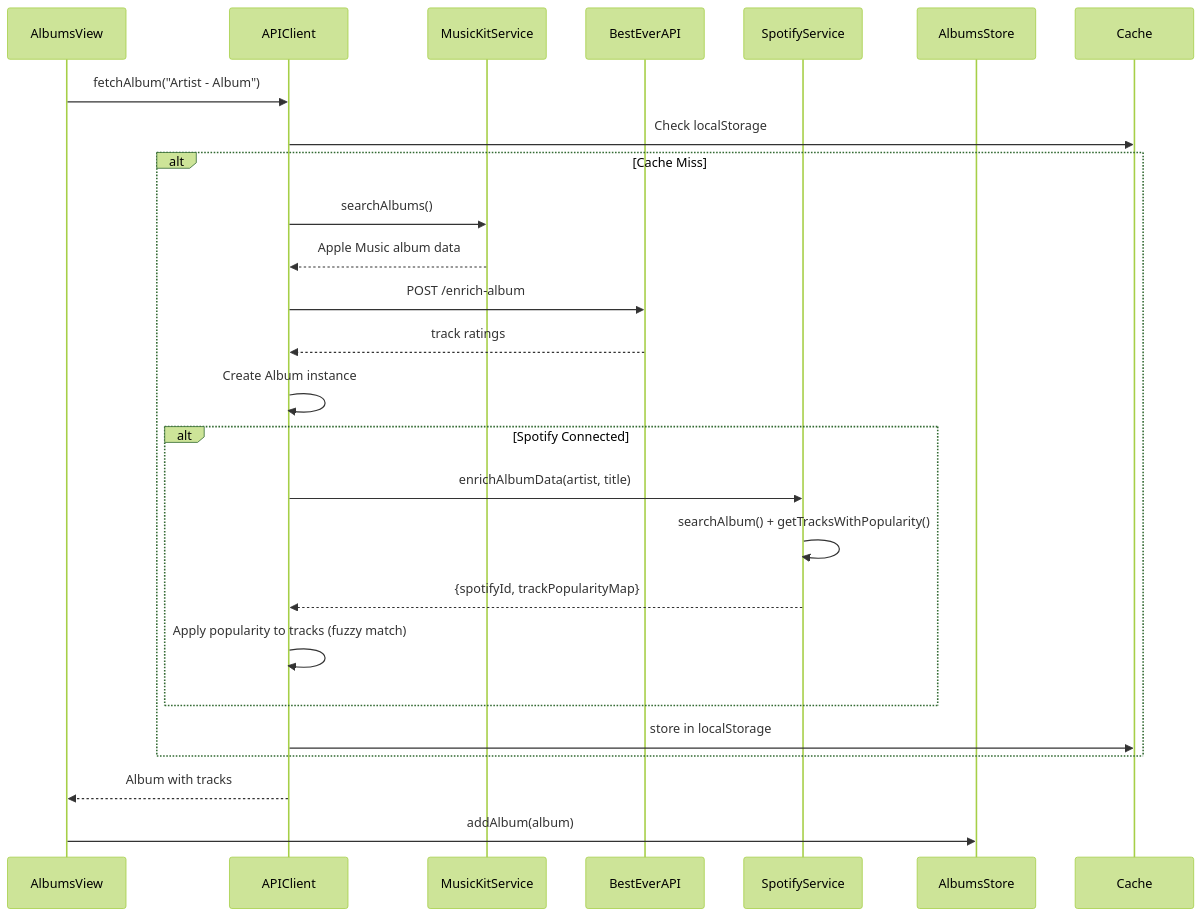
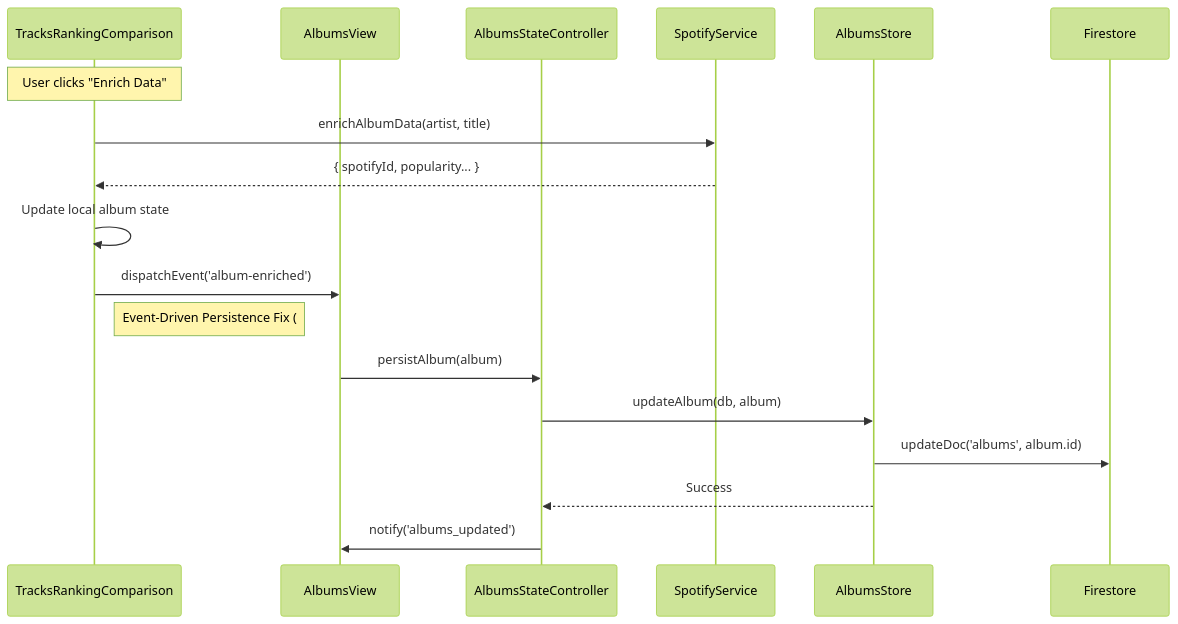
Before and after one commit to maujrp99/MJRP_AlbumsBalancedPlaylists_v0: the eighth of 19 diagrams in docs/technical/data_flow_architecture.md, drawn with Mermaid (forest theme). The commit also changed other lines of this file and 15 other files, not shown here.

````diff
--- a/docs/technical/data_flow_architecture.md
+++ b/docs/technical/data_flow_architecture.md
@@ -504,35 +505,24 @@
 ```mermaid
 sequenceDiagram
-    participant AlbumsView
-    participant APIClient
-    participant MusicKitService
-    participant BestEverAPI
-    participant SpotifyService
-    participant AlbumsStore
-    participant Cache
+    participant Components as TracksRankingComparison
+    participant View as AlbumsView
+    participant Controller as AlbumsStateController
+    participant Spotify as SpotifyService
+    participant Store as AlbumsStore
+    participant DB as Firestore
 
-    AlbumsView->>APIClient: fetchAlbum("Artist - Album")
-    APIClient->>Cache: Check localStorage
+    Note over Components: User clicks "Enrich Data"
+
+    Components->>Spotify: enrichAlbumData(artist, title)
+    Spotify-->>Components: { spotifyId, popularity... }
+    Components->>Components: Update local album state
     
-    alt Cache Miss
-        APIClient->>MusicKitService: searchAlbums()
-        MusicKitService-->>APIClient: Apple Music album data
-        
-        APIClient->>BestEverAPI: POST /enrich-album
-        BestEverAPI-->>APIClient: track ratings
-        
-        APIClient->>APIClient: Create Album instance
-        
-        alt Spotify Connected
-            APIClient->>SpotifyService: enrichAlbumData(artist, title)
-            SpotifyService->>SpotifyService: searchAlbum() + getTracksWithPopularity()
-            SpotifyService-->>APIClient: {spotifyId, trackPopularityMap}
-            APIClient->>APIClient: Apply popularity to tracks (fuzzy match)
-        end
-        
-        APIClient->>Cache: store in localStorage
-    end
+    Components->>View: dispatchEvent('album-enriched')
+    Note right of Components: Event-Driven Persistence Fix (#58)
     
-    APIClient-->>AlbumsView: Album with tracks
-    AlbumsView->>AlbumsStore: addAlbum(album)
+    View->>Controller: persistAlbum(album)
+    Controller->>Store: updateAlbum(db, album)
+    Store->>DB: updateDoc('albums', album.id)
+    Store-->>Controller: Success
+    Controller->>View: notify('albums_updated')
 ```
````
